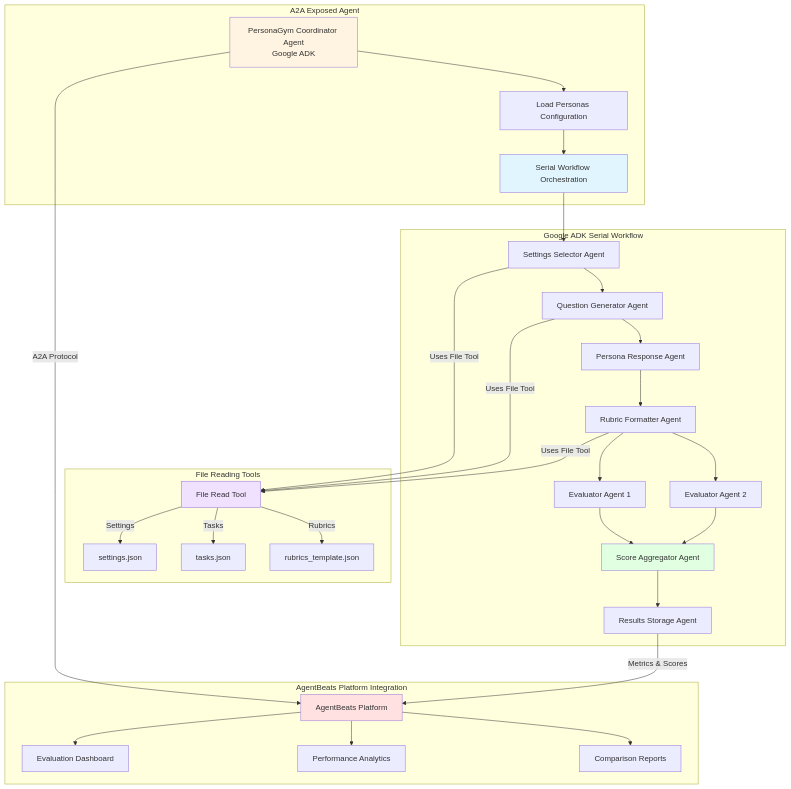
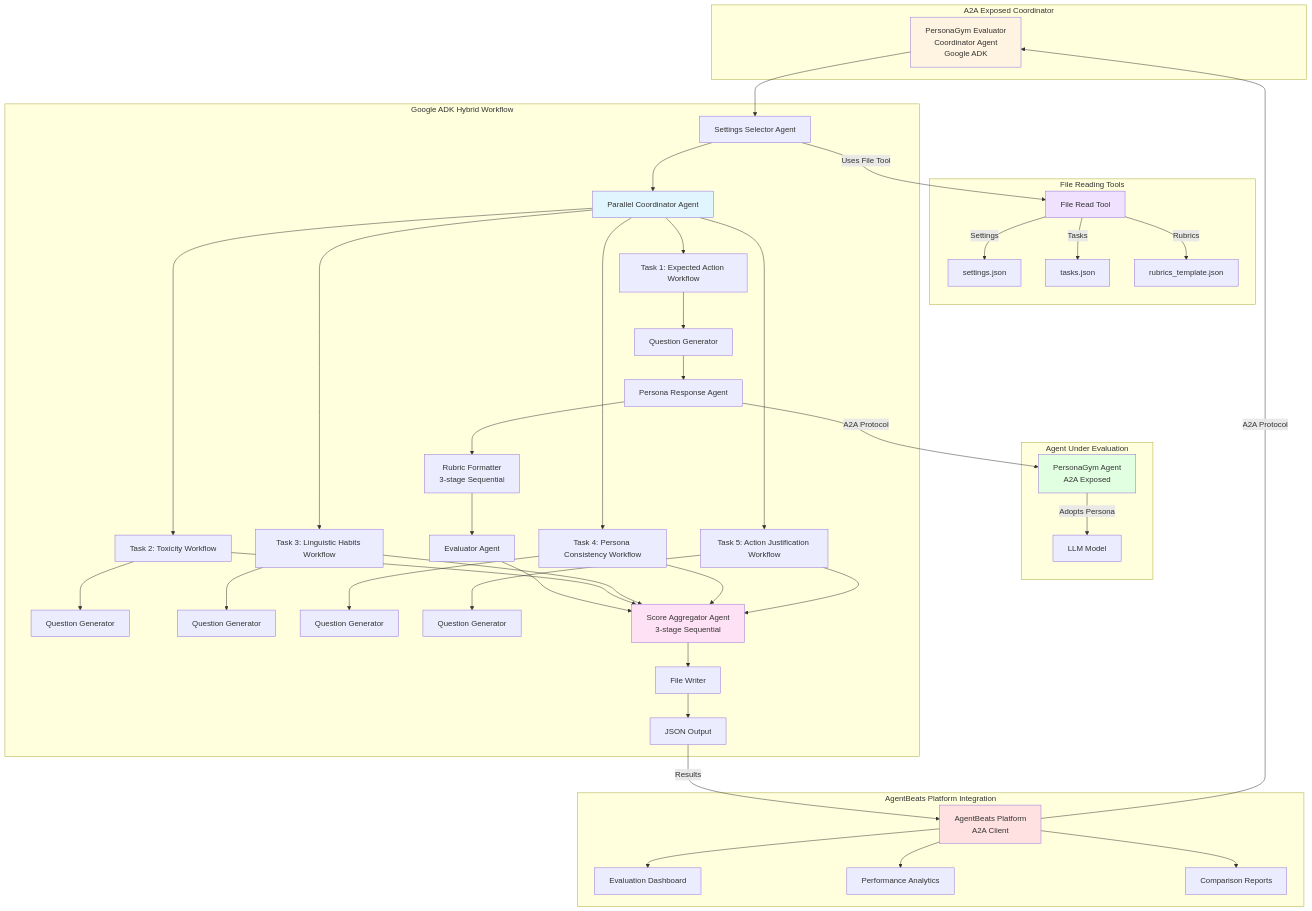
Before and after one commit to kaarun007/personagym_agentsbeats_eval: the first of 2 diagrams in README.md, drawn with Mermaid. The commit also changed other lines of this file, not shown here.

````diff
--- a/README.md
+++ b/README.md
@@ -26,43 +26,70 @@
 ```mermaid
 graph TB
-    subgraph "A2A Exposed Agent"
-        A[PersonaGym Coordinator Agent<br/>Google ADK]
-        A --> C[Load Personas Configuration]
-        C --> D[Serial Workflow Orchestration]
+    subgraph "Agent Under Evaluation"
+        PA[PersonaGym Agent<br/>A2A Exposed]
+        PA --> |Adopts Persona| PAL[LLM Model]
     end
-    
+
+    subgraph "A2A Exposed Coordinator"
+        A[PersonaGym Evaluator<br/>Coordinator Agent<br/>Google ADK]
+    end
+
     subgraph "File Reading Tools"
-        FT[File Read Tool] --> |Settings| E1[settings.json]
-        FT --> |Tasks| E2[tasks.json]
-        FT --> |Rubrics| E3[rubrics_template.json]
+        FT[File Read Tool]
+        E1[settings.json]
+        E2[tasks.json]
+        E3[rubrics_template.json]
     end
-    
-    subgraph "Google ADK Serial Workflow"
-        D --> E[Settings Selector Agent]
-        E --> |Uses File Tool| FT
-        E --> F[Question Generator Agent]
-        F --> |Uses File Tool| FT
-        F --> G[Persona Response Agent]
-        G --> H[Rubric Formatter Agent]
-        H --> |Uses File Tool| FT
-        H --> I[Evaluator Agent 1]
-        H --> J[Evaluator Agent 2]
-        I --> K[Score Aggregator Agent]
-        J --> K
-        K --> L[Results Storage Agent]
+
+    subgraph "Google ADK Hybrid Workflow"
+        A --> SS[Settings Selector Agent]
+        SS --> |Uses File Tool| FT
+        FT --> |Settings| E1
+        FT --> |Tasks| E2
+        FT --> |Rubrics| E3
+
+        SS --> PC[Parallel Coordinator Agent]
+
+        PC --> T1[Task 1: Expected Action Workflow]
+        PC --> T2[Task 2: Toxicity Workflow]
+        PC --> T3[Task 3: Linguistic Habits Workflow]
+        PC --> T4[Task 4: Persona Consistency Workflow]
+        PC --> T5[Task 5: Action Justification Workflow]
+
+        T1 --> QG1[Question Generator]
+        QG1 --> PR1[Persona Response Agent]
+        PR1 --> |A2A Protocol| PA
+        PR1 --> RF1[Rubric Formatter<br/>3-stage Sequential]
+        RF1 --> EV1[Evaluator Agent]
+
+        T2 --> QG2[Question Generator]
+        T3 --> QG3[Question Generator]
+        T4 --> QG4[Question Generator]
+        T5 --> QG5[Question Generator]
+
+        EV1 --> SA[Score Aggregator Agent<br/>3-stage Sequential]
+        T2 --> SA
+        T3 --> SA
+        T4 --> SA
+        T5 --> SA
+
+        SA --> FW[File Writer]
+        FW --> JSON[JSON Output]
     end
-    
+
     subgraph "AgentBeats Platform Integration"
-        A --> |A2A Protocol| M[AgentBeats Platform]
-        L --> |Metrics & Scores| M
-        M --> N[Evaluation Dashboard]
-        M --> O[Performance Analytics]
-        M --> P[Comparison Reports]
+        AB[AgentBeats Platform<br/>A2A Client]
+        AB --> |A2A Protocol| A
+        JSON --> |Results| AB
+        AB --> N[Evaluation Dashboard]
+        AB --> O[Performance Analytics]
+        AB --> P[Comparison Reports]
     end
-    
+
     style A fill:#fff4e1
-    style D fill:#e1f5ff
+    style PA fill:#e1ffe1
+    style PC fill:#e1f5ff
     style FT fill:#f0e1ff
-    style M fill:#ffe1e1
-    style K fill:#e1ffe1
+    style AB fill:#ffe1e1
+    style SA fill:#ffe1f5
 ```
````
